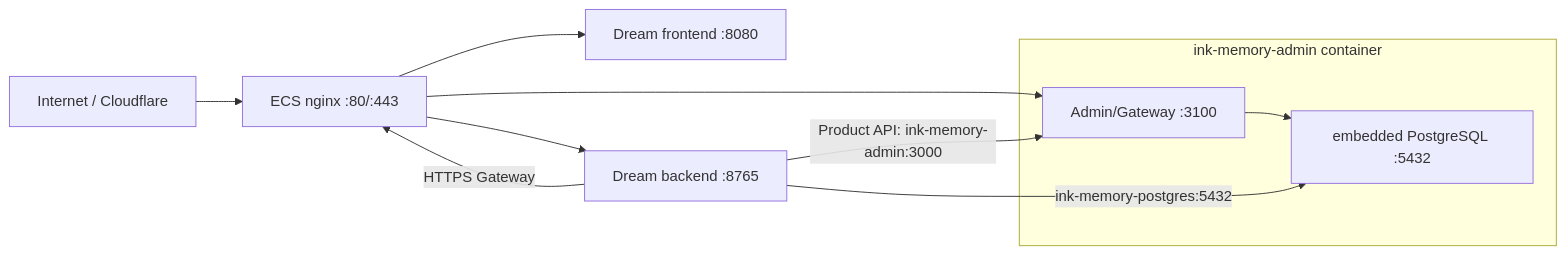
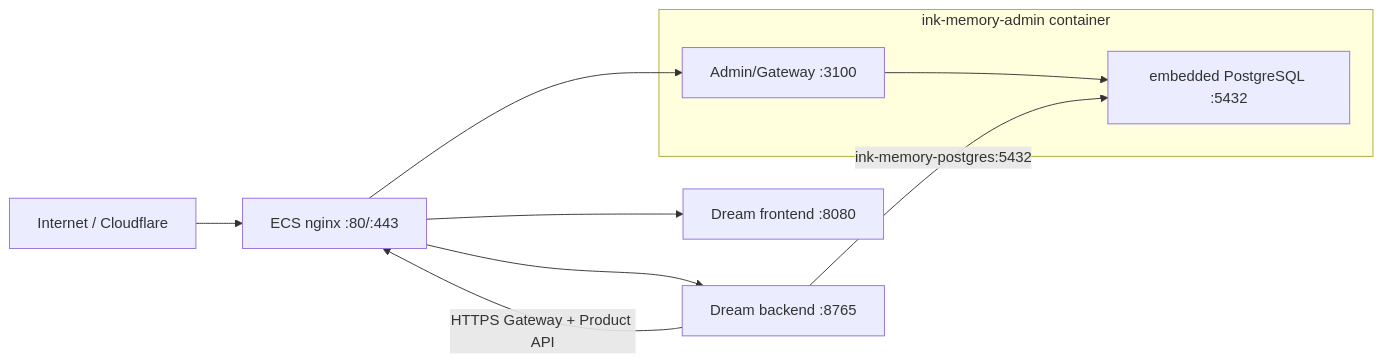
Before and after one commit to glide-the/im-dream: the diagram in docs/deploy/aliyun.md, drawn with Mermaid. The commit also changed other lines of this file and 34 other files, not shown here.

````diff
--- a/docs/deploy/aliyun.md
+++ b/docs/deploy/aliyun.md
@@ -14,13 +22,12 @@
 ```mermaid
 flowchart LR
   Internet["Internet / Cloudflare"] --> Nginx["ECS nginx :80/:443"]
   Nginx --> Frontend["Dream frontend :8080"]
   Nginx --> Backend["Dream backend :8765"]
   Nginx --> Admin["Admin/Gateway :3100"]
   subgraph AdminContainer["ink-memory-admin container"]
     Admin --> PG["embedded PostgreSQL :5432"]
   end
-  Backend -->|"HTTPS Gateway"| Nginx
-  Backend -->|"Product API: ink-memory-admin:3000"| Admin
+  Backend -->|"HTTPS Gateway + Product API"| Nginx
   Backend -->|"ink-memory-postgres:5432"| PG
 ```
````
